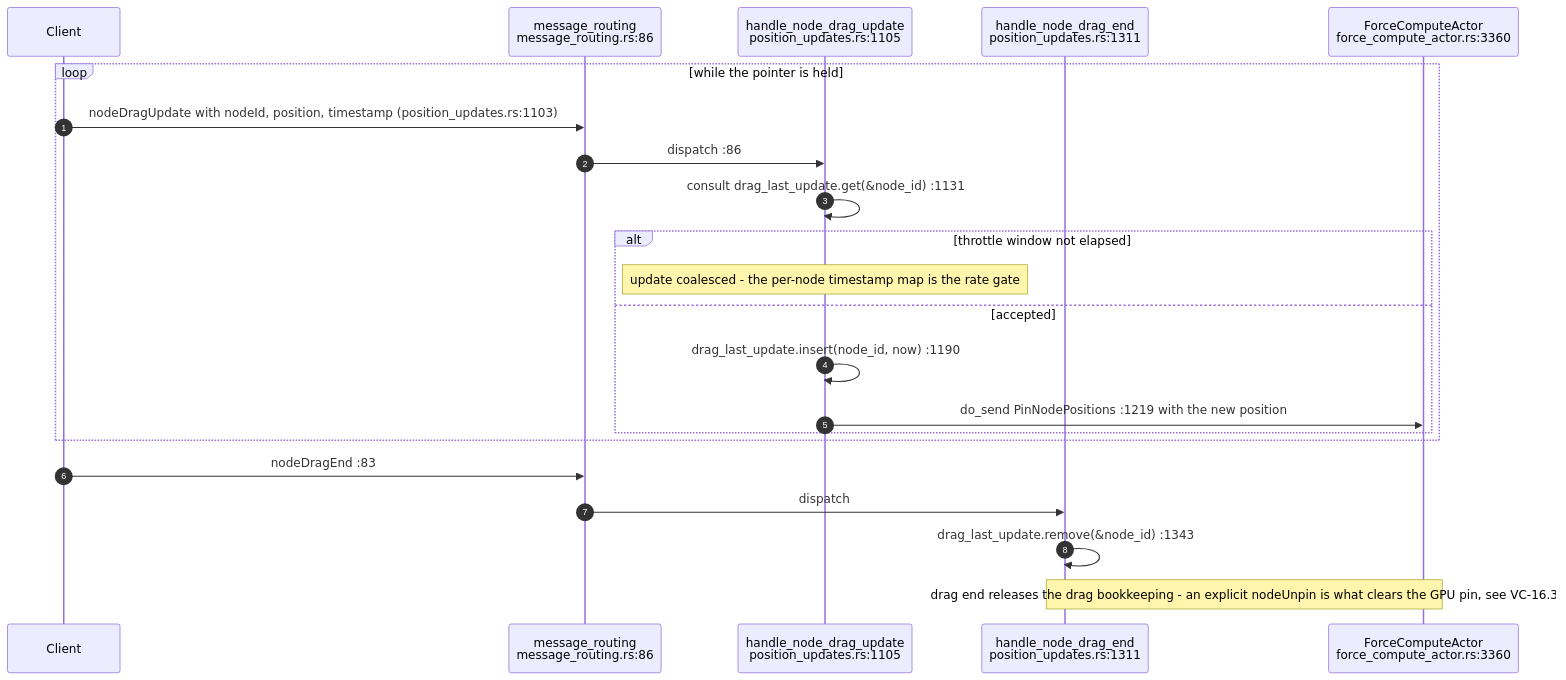
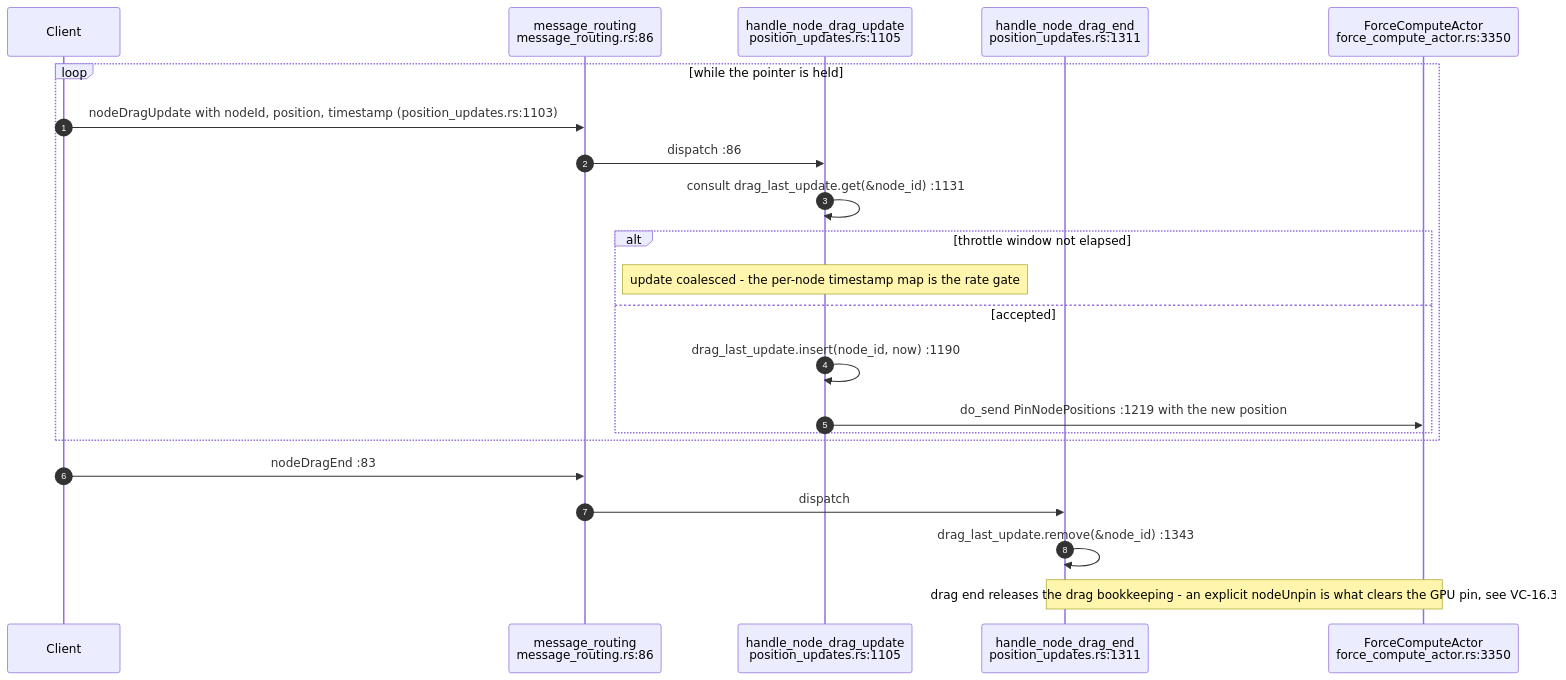
Before and after one commit to DreamLab-AI/VisionFlow: the second of 8 diagrams in docs/diagrams/visionclaw/16-interaction-drag-pin-layout.md, drawn with Mermaid. The commit also changed other lines of this file and 31 other files, not shown here.

````diff
--- a/docs/diagrams/visionclaw/16-interaction-drag-pin-layout.md
+++ b/docs/diagrams/visionclaw/16-interaction-drag-pin-layout.md
@@ -62,25 +64,25 @@
 ```mermaid
 sequenceDiagram
     autonumber
     participant C as Client
     participant MR as message_routing<br/>message_routing.rs:86
     participant HU as handle_node_drag_update<br/>position_updates.rs:1105
     participant HE as handle_node_drag_end<br/>position_updates.rs:1311
-    participant FCA as ForceComputeActor<br/>force_compute_actor.rs:3360
+    participant FCA as ForceComputeActor<br/>force_compute_actor.rs:3350
 
     loop while the pointer is held
         C->>MR: nodeDragUpdate with nodeId, position, timestamp (position_updates.rs:1103)
         MR->>HU: dispatch :86
         HU->>HU: consult drag_last_update.get(&node_id) :1131
         alt throttle window not elapsed
             Note over HU: update coalesced - the per-node timestamp map is the rate gate
         else accepted
             HU->>HU: drag_last_update.insert(node_id, now) :1190
             HU->>FCA: do_send PinNodePositions :1219 with the new position
         end
     end
     C->>MR: nodeDragEnd :83
     MR->>HE: dispatch
     HE->>HE: drag_last_update.remove(&node_id) :1343
     Note over HE,FCA: drag end releases the drag bookkeeping - an explicit nodeUnpin is what clears the GPU pin, see VC-16.3
 ```
````
